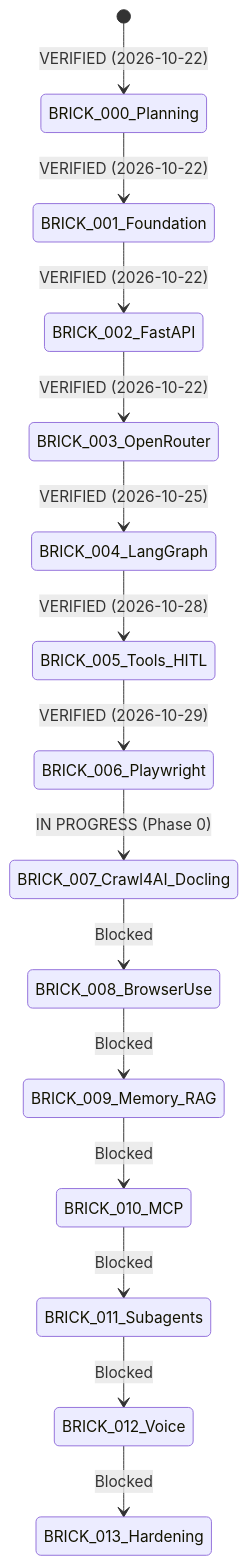
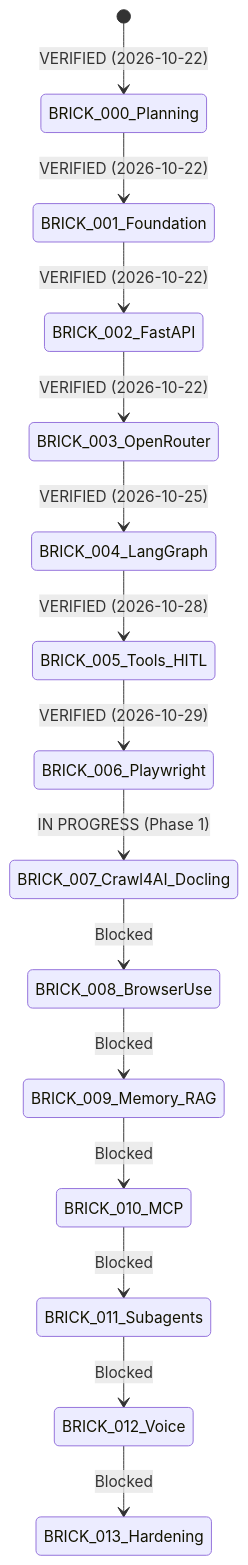
The diagram in docs/PROGRESS.md (Aryramy/javed), drawn with Mermaid before and after one commit. The commit also changed other lines of this file and 4 other files, not shown here.

````diff
--- a/docs/PROGRESS.md
+++ b/docs/PROGRESS.md
@@ -28,17 +28,17 @@
 ```mermaid
 stateDiagram-v2
     [*] --> BRICK_000_Planning: VERIFIED (2026-10-22)
     BRICK_000_Planning --> BRICK_001_Foundation: VERIFIED (2026-10-22)
     BRICK_001_Foundation --> BRICK_002_FastAPI: VERIFIED (2026-10-22)
     BRICK_002_FastAPI --> BRICK_003_OpenRouter: VERIFIED (2026-10-22)
     BRICK_003_OpenRouter --> BRICK_004_LangGraph: VERIFIED (2026-10-25)
     BRICK_004_LangGraph --> BRICK_005_Tools_HITL: VERIFIED (2026-10-28)
     BRICK_005_Tools_HITL --> BRICK_006_Playwright: VERIFIED (2026-10-29)
-    BRICK_006_Playwright --> BRICK_007_Crawl4AI_Docling: IN PROGRESS (Phase 0)
+    BRICK_006_Playwright --> BRICK_007_Crawl4AI_Docling: IN PROGRESS (Phase 1)
     BRICK_007_Crawl4AI_Docling --> BRICK_008_BrowserUse: Blocked
     BRICK_008_BrowserUse --> BRICK_009_Memory_RAG: Blocked
     BRICK_009_Memory_RAG --> BRICK_010_MCP: Blocked
     BRICK_010_MCP --> BRICK_011_Subagents: Blocked
     BRICK_011_Subagents --> BRICK_012_Voice: Blocked
     BRICK_012_Voice --> BRICK_013_Hardening: Blocked
 ```
````
